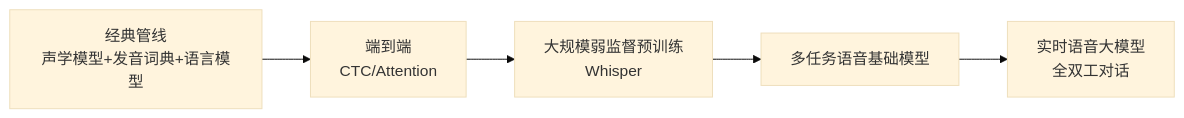
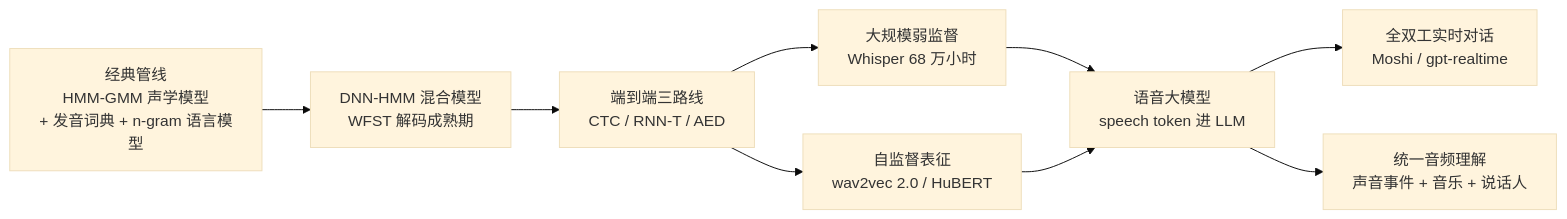
The first of 6 diagrams in docs/ai/models/audio.md (shuifans/cloud-ai-knowledge-base), drawn with Mermaid (base theme) before and after one commit. The commit also changed other lines of this file and 294 other files, not shown here.

First line of the commit message:
更新: 全站 35 篇文章对标 speech-gen 全面升级（深度/配图/引用/决策图）

````diff
--- a/docs/ai/models/audio.md
+++ b/docs/ai/models/audio.md
@@ -14,7 +16,11 @@
 ```mermaid
 flowchart LR
-  A[经典管线<br/>声学模型+发音词典+语言模型] --> B[端到端<br/>CTC/Attention]
-  B --> C[大规模弱监督预训练<br/>Whisper]
-  C --> D[多任务语音基础模型]
-  D --> E[实时语音大模型<br/>全双工对话]
+  A[经典管线<br/>HMM-GMM 声学模型<br/>+ 发音词典 + n-gram 语言模型] --> B[DNN-HMM 混合模型<br/>WFST 解码成熟期]
+  B --> C[端到端三路线<br/>CTC / RNN-T / AED]
+  C --> D1[大规模弱监督<br/>Whisper 68 万小时]
+  C --> D2[自监督表征<br/>wav2vec 2.0 / HuBERT]
+  D1 --> E[语音大模型<br/>speech token 进 LLM]
+  D2 --> E
+  E --> F[全双工实时对话<br/>Moshi / gpt-realtime]
+  E --> G[统一音频理解<br/>声音事件 + 音乐 + 说话人]
 ```
````
